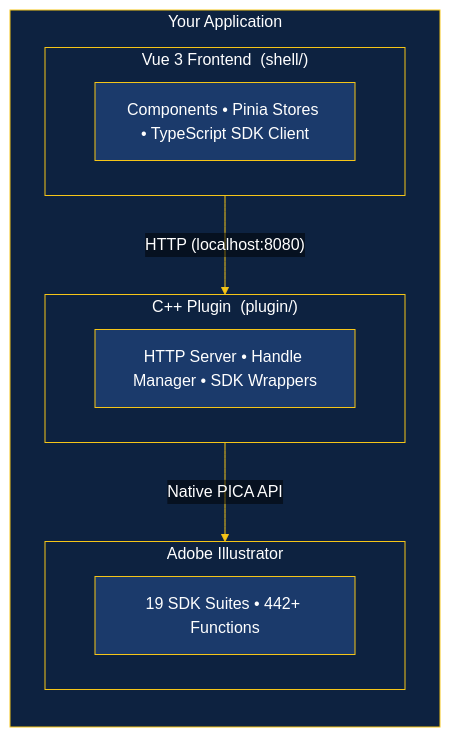
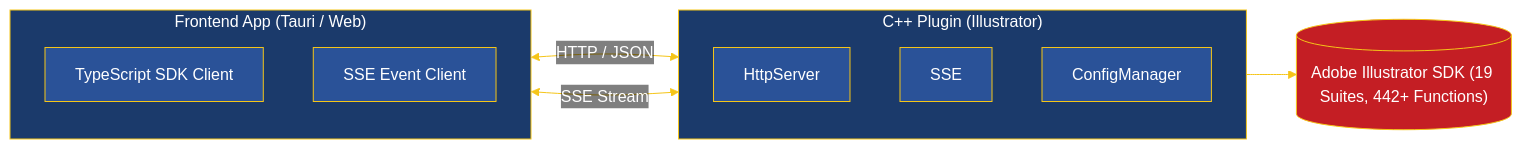
One commit to ByteBard97/nuxp changed the diagram in README.md. Above: the diagram before and after it, drawn with Mermaid.

Commit message:
docs: replace README architecture diagram with branded two-column Mermaid layout

````diff
--- a/README.md
+++ b/README.md
@@ -34,30 +34,41 @@
 ```mermaid
 %%{init: {'theme': 'base', 'themeVariables': {
   'primaryColor': '#1B3A6B',
   'primaryTextColor': '#FFFFFF',
   'primaryBorderColor': '#F5C518',
   'lineColor': '#F5C518',
   'secondaryColor': '#C41E24',
   'secondaryTextColor': '#FFFFFF',
   'tertiaryColor': '#2A5298',
   'tertiaryTextColor': '#FFFFFF',
-  'clusterBkg': '#0D2240',
-  'clusterBorder': '#F5C518',
   'edgeLabelBackground': 'transparent'
 }}}%%
-flowchart TB
-    subgraph App["Your Application"]
+flowchart LR
+    subgraph FE [" Frontend App (Tauri / Web) "]
         direction TB
-        subgraph Frontend["Vue 3 Frontend &nbsp;(shell/)"]
-            FE["Components &bull; Pinia Stores &bull; TypeScript SDK Client"]
-        end
-        Frontend -->|"HTTP (localhost:8080)"| Plugin
-        subgraph Plugin["C++ Plugin &nbsp;(plugin/)"]
-            PL["HTTP Server &bull; Handle Manager &bull; SDK Wrappers"]
-        end
-        Plugin -->|"Native PICA API"| AI
-        subgraph AI["Adobe Illustrator"]
-            SDK["19 SDK Suites &bull; 442+ Functions"]
-        end
+        SDK_CLIENT["TypeScript SDK Client"]
+        SSE_CLIENT["SSE Event Client"]
     end
+
+    SDK_CLIENT <-- "HTTP / JSON" --> HTTP_SERVER
+    SSE_CLIENT <-- "SSE Stream" --> SSE
+
+    subgraph BE [" C++ Plugin (Illustrator) "]
+        direction TB
+        HTTP_SERVER["HttpServer"]
+        CFG["ConfigManager"]
+        SSE["SSE"]
+    end
+
+    HTTP_SERVER --> AI
+    AI[("Adobe Illustrator SDK (19 Suites, 442+ Functions)")]
+
+    style FE fill:#1B3A6B,stroke:#F5C518,color:#FFFFFF
+    style BE fill:#1B3A6B,stroke:#F5C518,color:#FFFFFF
+    style SDK_CLIENT fill:#2A5298,stroke:#F5C518,color:#FFFFFF
+    style SSE_CLIENT fill:#2A5298,stroke:#F5C518,color:#FFFFFF
+    style HTTP_SERVER fill:#2A5298,stroke:#F5C518,color:#FFFFFF
+    style CFG fill:#2A5298,stroke:#F5C518,color:#FFFFFF
+    style SSE fill:#2A5298,stroke:#F5C518,color:#FFFFFF
+    style AI fill:#C41E24,stroke:#F5C518,color:#FFFFFF
 ```
````
